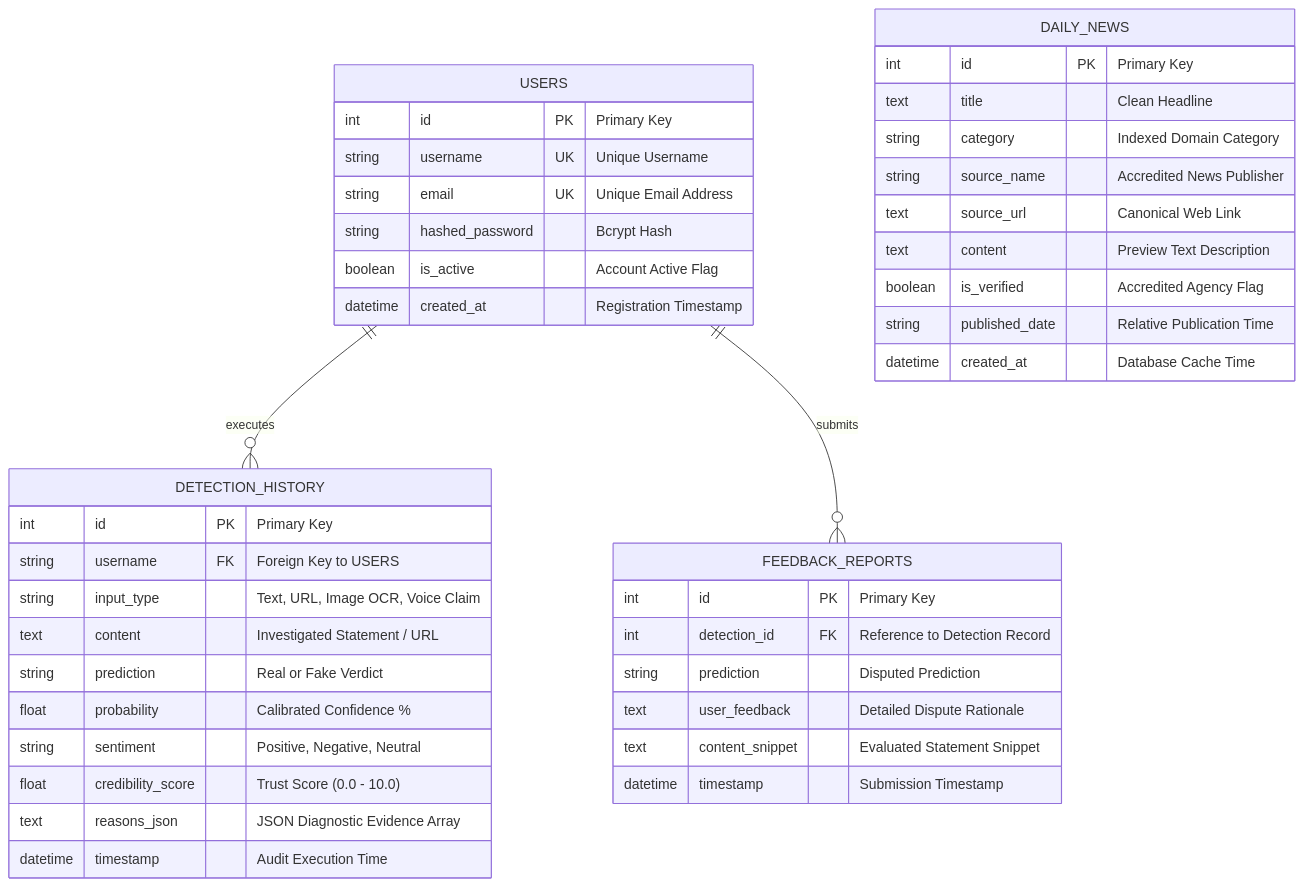
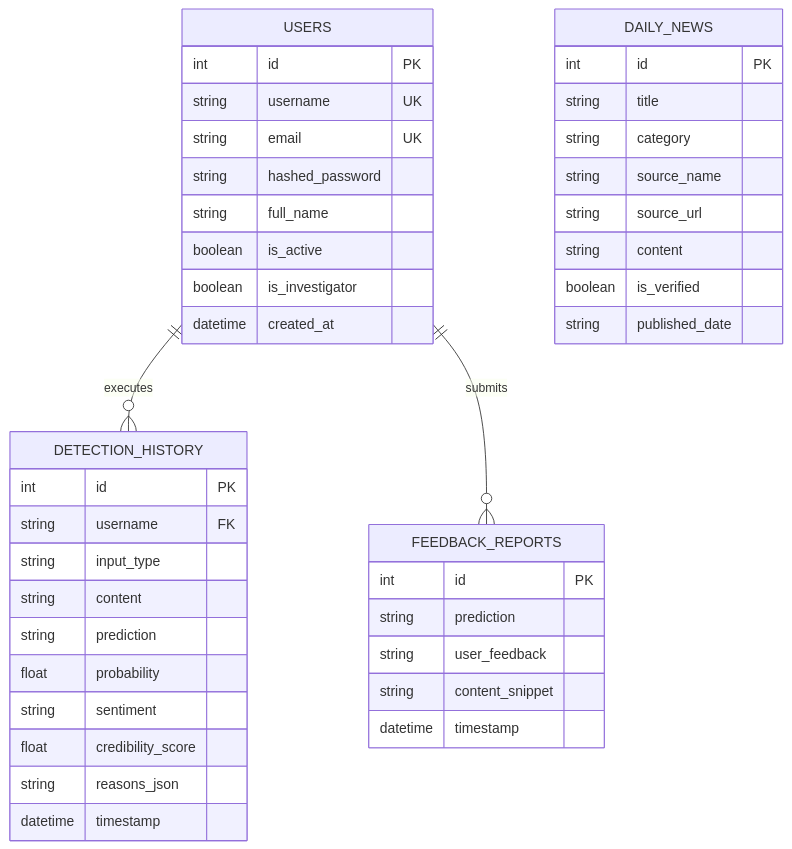
One commit to elak24aid-create/Veritas-Project changed the third of 3 diagrams in PROJECT_DOCUMENTATION.md. Above: the diagram before and after it, drawn with Mermaid. The commit also changed other lines of this file, not shown here.

````diff
--- a/PROJECT_DOCUMENTATION.md
+++ b/PROJECT_DOCUMENTATION.md
@@ -572,48 +625,48 @@
 ```mermaid
 erDiagram
     USERS ||--o{ DETECTION_HISTORY : executes
     USERS ||--o{ FEEDBACK_REPORTS : submits
     
     USERS {
-        int id PK "Primary Key"
-        string username UK "Unique Username"
-        string email UK "Unique Email Address"
-        string hashed_password "Bcrypt Hash"
-        boolean is_active "Account Active Flag"
-        datetime created_at "Registration Timestamp"
+        int id PK
+        string username UK
+        string email UK
+        string hashed_password
+        string full_name
+        boolean is_active
+        boolean is_investigator
+        datetime created_at
     }
 
     DETECTION_HISTORY {
-        int id PK "Primary Key"
-        string username FK "Foreign Key to USERS"
-        string input_type "Text, URL, Image OCR, Voice Claim"
-        text content "Investigated Statement / URL"
-        string prediction "Real or Fake Verdict"
-        float probability "Calibrated Confidence %"
-        string sentiment "Positive, Negative, Neutral"
-        float credibility_score "Trust Score (0.0 - 10.0)"
-        text reasons_json "JSON Diagnostic Evidence Array"
-        datetime timestamp "Audit Execution Time"
+        int id PK
+        string username FK
+        string input_type
+        string content
+        string prediction
+        float probability
+        string sentiment
+        float credibility_score
+        string reasons_json
+        datetime timestamp
     }
 
     DAILY_NEWS {
-        int id PK "Primary Key"
-        text title "Clean Headline"
-        string category "Indexed Domain Category"
-        string source_name "Accredited News Publisher"
-        text source_url "Canonical Web Link"
-        text content "Preview Text Description"
-        boolean is_verified "Accredited Agency Flag"
-        string published_date "Relative Publication Time"
-        datetime created_at "Database Cache Time"
+        int id PK
+        string title
+        string category
+        string source_name
+        string source_url
+        string content
+        boolean is_verified
+        string published_date
     }
 
     FEEDBACK_REPORTS {
-        int id PK "Primary Key"
-        int detection_id FK "Reference to Detection Record"
-        string prediction "Disputed Prediction"
-        text user_feedback "Detailed Dispute Rationale"
-        text content_snippet "Evaluated Statement Snippet"
-        datetime timestamp "Submission Timestamp"
+        int id PK
+        string prediction
+        string user_feedback
+        string content_snippet
+        datetime timestamp
     }
 ```
````
